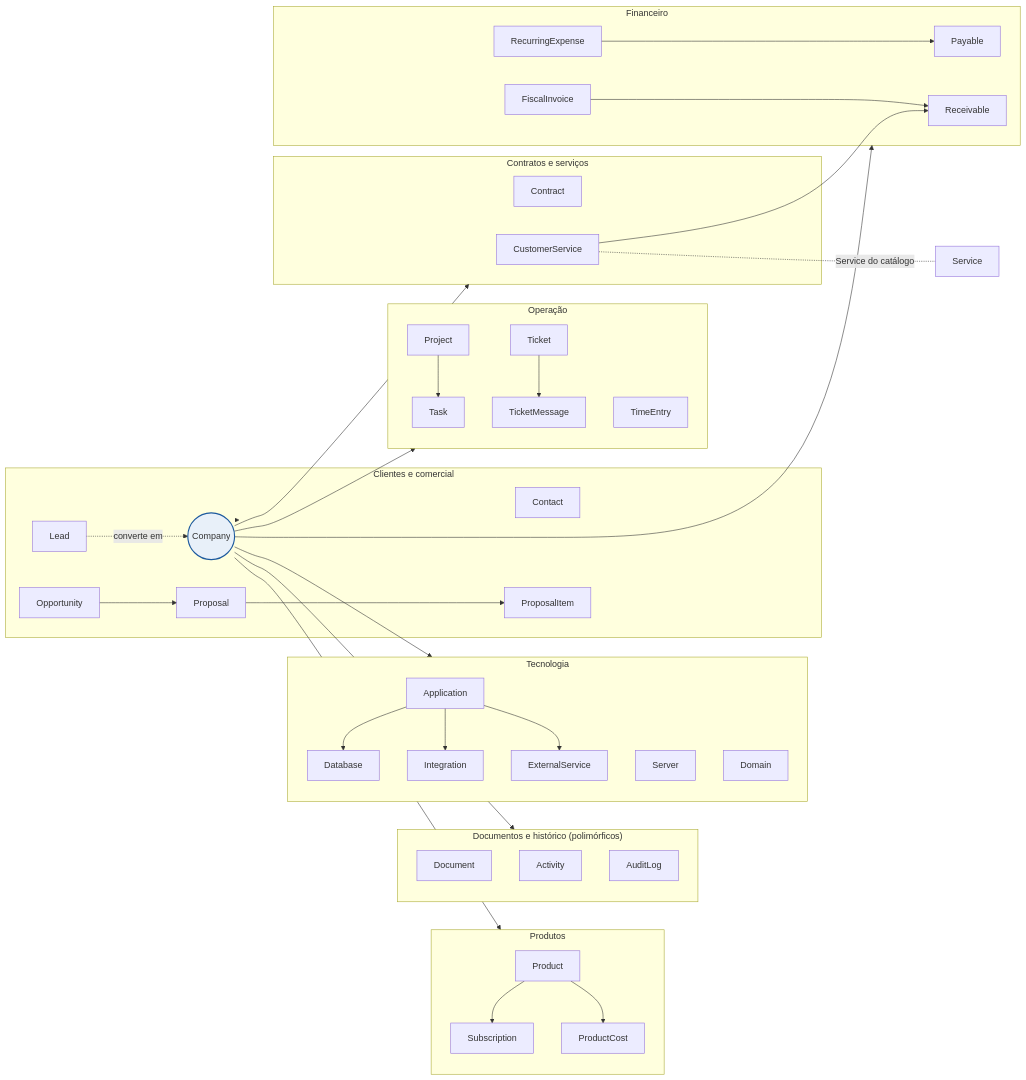
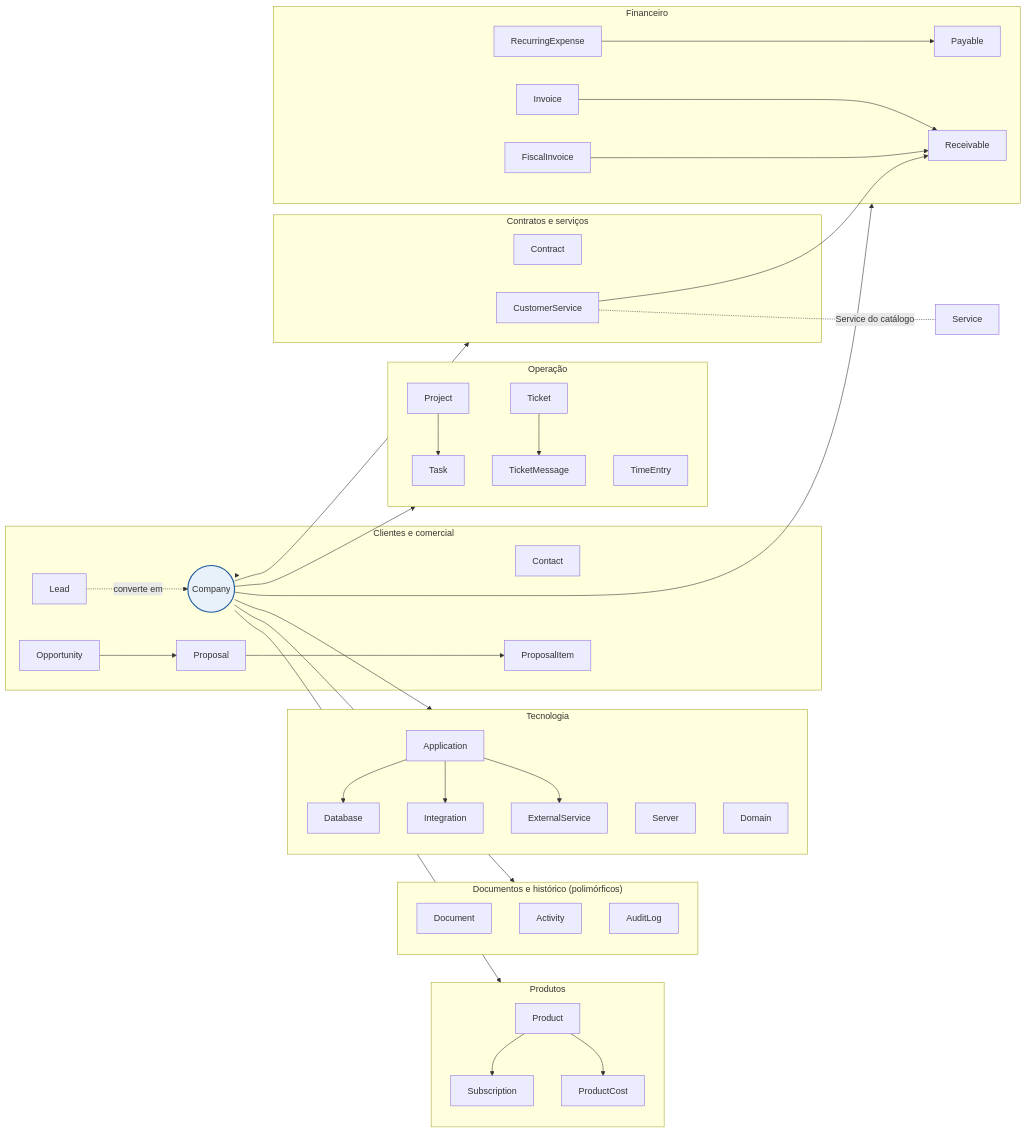
The diagram in docs/specs/admin-devbatista-mvp/06-modelo-de-dados.md (devbatista/devbatista_app), drawn with Mermaid before and after one commit. The commit also changed 53 other files, not shown here.

````diff
--- a/docs/specs/admin-devbatista-mvp/06-modelo-de-dados.md
+++ b/docs/specs/admin-devbatista-mvp/06-modelo-de-dados.md
@@ -7,50 +7,51 @@
 ```mermaid
 flowchart LR
   subgraph CC["Clientes e comercial"]
     Contact
     Lead -. converte em .-> Company
     Opportunity --> Proposal --> ProposalItem
   end
   subgraph CS["Contratos e serviços"]
     Contract
     CustomerService
   end
   subgraph OP["Operação"]
     Project --> Task
     TimeEntry
     Ticket --> TicketMessage
   end
   subgraph FI["Financeiro"]
     Receivable
     Payable
     RecurringExpense --> Payable
+    Invoice --> Receivable
     FiscalInvoice --> Receivable
   end
   subgraph TE["Tecnologia"]
     Application --> Database
     Application --> Integration
     Application --> ExternalService
     Server
     Domain
   end
   subgraph PR["Produtos"]
     Product --> Subscription
     Product --> ProductCost
   end
   subgraph DH["Documentos e histórico (polimórficos)"]
     Document
     Activity
     AuditLog
   end
   Company((Company)) --> CC
   Company --> CS
   Company --> OP
   Company --> FI
   Company --> TE
   Company --> DH
   Company --> PR
   CustomerService --> Receivable
   CustomerService -. Service do catálogo .- Service
   classDef key fill:#E8F0F9,stroke:#1D5A9E,stroke-width:2px
   class Company key
 ```
````
